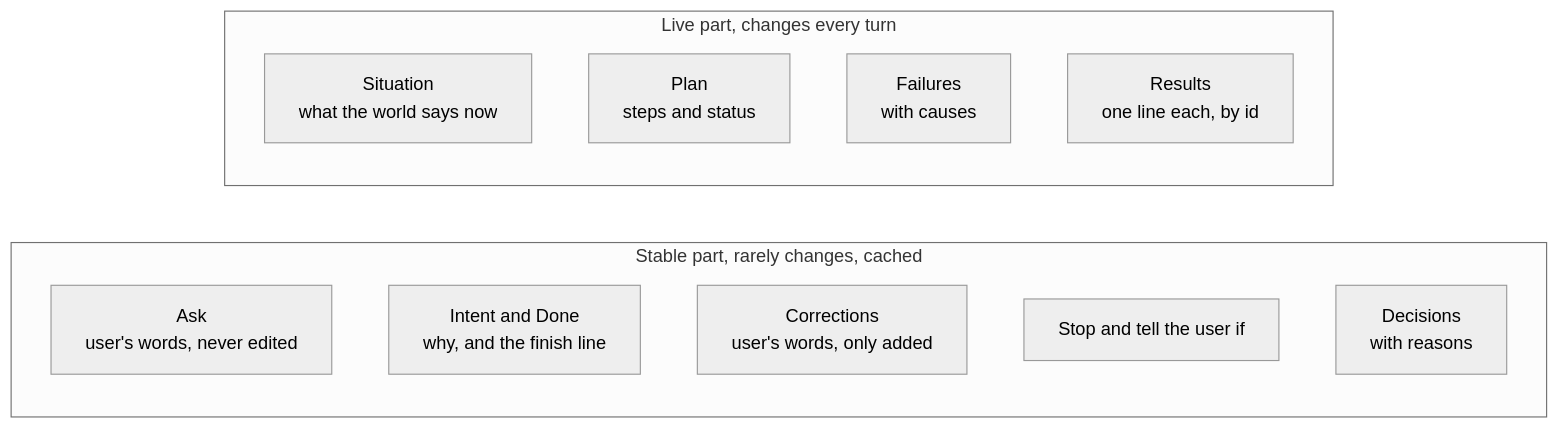
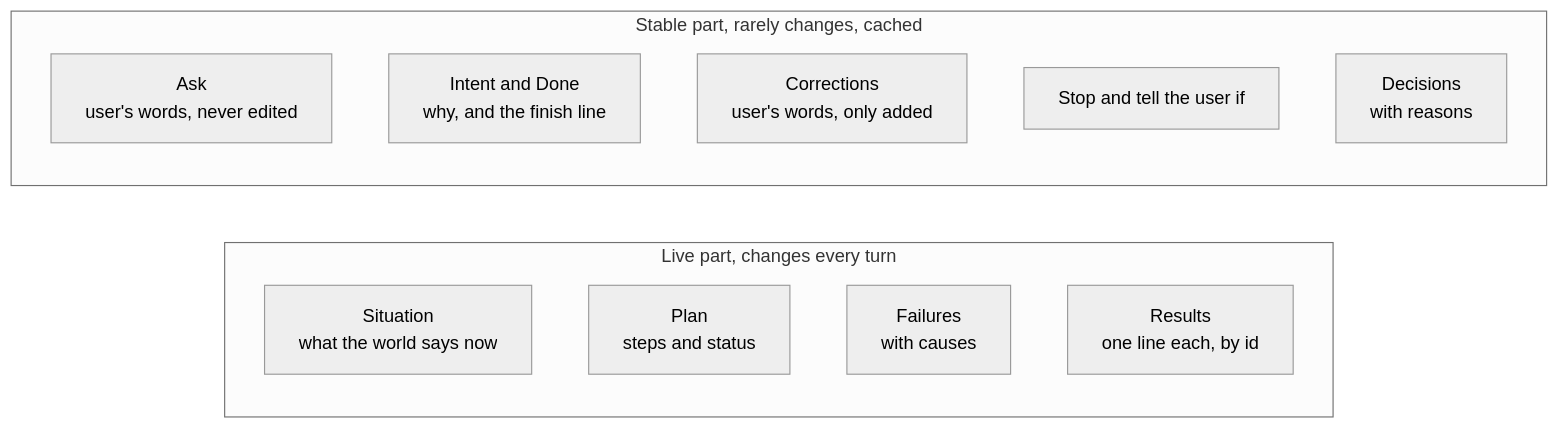
One commit to JaredTate/nerdgenie changed the third of 9 diagrams in COEUS.md. Above: the diagram before and after it, drawn with Mermaid (neutral theme). The commit also changed other lines of this file and 1 other file, not shown here.

Commit message:
COEUS.md: stable part of the record drawn above the live part

````diff
--- a/COEUS.md
+++ b/COEUS.md
@@ -89,18 +89,18 @@
 ```mermaid
 flowchart LR
+  subgraph Live["Live part, changes every turn"]
+    direction TB
+    S["Situation<br/>what the world says now"]
+    P["Plan<br/>steps and status"]
+    F["Failures<br/>with causes"]
+    R["Results<br/>one line each, by id"]
+  end
   subgraph Stable["Stable part, rarely changes, cached"]
     direction TB
     A["Ask<br/>user's words, never edited"]
     I["Intent and Done<br/>why, and the finish line"]
     C["Corrections<br/>user's words, only added"]
     X["Stop and tell the user if"]
     D["Decisions<br/>with reasons"]
   end
-  subgraph Live["Live part, changes every turn"]
-    direction TB
-    S["Situation<br/>what the world says now"]
-    P["Plan<br/>steps and status"]
-    F["Failures<br/>with causes"]
-    R["Results<br/>one line each, by id"]
-  end
 ```
````
